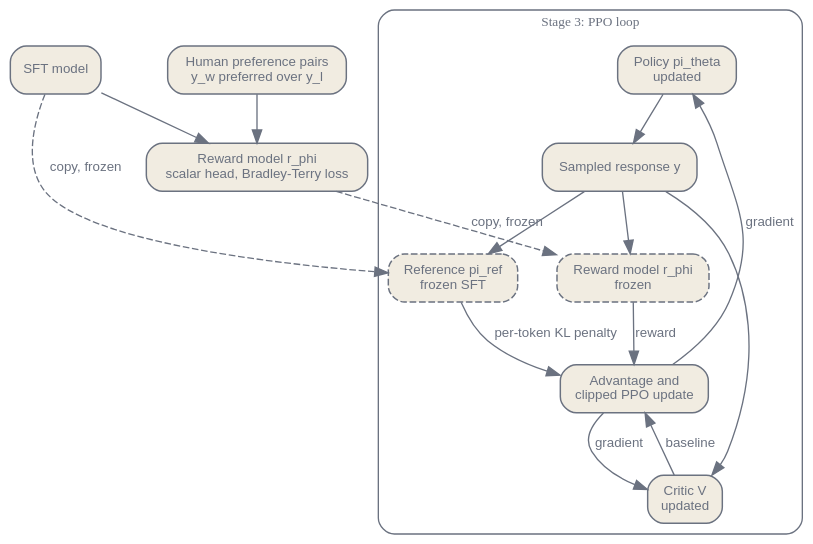
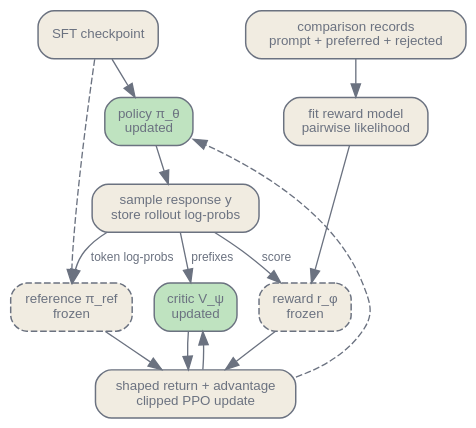
Before and after one commit to latere-ai/ai-as-an-infrastructure: the diagram in en/adaptation/03-rlhf-reward-modeling.qmd, drawn with Graphviz. The commit also changed other lines of this file and 6 other files, not shown here.

Commit message:
Rewrite RLHF and reward modeling chapter

````diff
--- a/en/adaptation/03-rlhf-reward-modeling.qmd
+++ b/en/adaptation/03-rlhf-reward-modeling.qmd
@@ -140,42 +279,39 @@
 ```{dot}
 //| label: fig-rlhf-pipeline
-//| fig-cap: "The three-stage RLHF pipeline. Stages 1 and 2 produce the frozen reference and reward models, then the PPO loop holds four models resident at once. Dashed nodes are frozen. After Ouyang et al. (2022)."
+//| fig-cap: "RLHF first fits a reward model to comparisons, then runs an online policy loop. The policy and critic are updated; the reference and reward model stay frozen. The four boxes are logical roles, not a claim that four equal full-model replicas reside on each device."
 digraph {
   bgcolor="transparent";
   rankdir=TB;
-  nodesep=0.4; ranksep=0.5;
+  nodesep=0.22; ranksep=0.38;
+  graph [pad="0.08"];
   node [shape=box, style="rounded,filled", fontname="Helvetica", fontsize=10, color="#6b7280", fontcolor="#6b7280", fillcolor="#f1ece1", penwidth=1.1];
-  edge [fontsize=10, fontname="Helvetica", color="#6b7280", fontcolor="#6b7280"];
+  edge [fontsize=9, fontname="Helvetica", color="#6b7280", fontcolor="#6b7280"];
 
-  sft [label="SFT model"];
-  prefs [label="Human preference pairs\ny_w preferred over y_l"];
-  rm [label="Reward model r_phi\nscalar head, Bradley-Terry loss"];
+  prefs [label="comparison records\nprompt + preferred + rejected"];
+  sft [label="SFT checkpoint"];
+  rmtrain [label="fit reward model\npairwise likelihood"];
+  policy [label="policy π_θ\nupdated", fillcolor="#bfe3c0"];
+  sample [label="sample response y\nstore rollout log-probs"];
+  reward [label="reward r_φ\nfrozen", style="rounded,filled,dashed"];
+  reference [label="reference π_ref\nfrozen", style="rounded,filled,dashed"];
+  critic [label="critic V_ψ\nupdated", fillcolor="#bfe3c0"];
+  update [label="shaped return + advantage\nclipped PPO update"];
 
-  sft -> rm;
-  prefs -> rm;
+  { rank=same; prefs; sft; }
+  { rank=same; rmtrain; policy; }
+  { rank=same; reward; critic; reference; }
 
-  subgraph cluster_ppo {
-    label="Stage 3: PPO loop";
-    style=rounded; color="#6b7280"; fontcolor="#6b7280"; fontsize=10;
-    policy [label="Policy pi_theta\nupdated"];
-    gen [label="Sampled response y"];
-    ref [label="Reference pi_ref\nfrozen SFT", style="rounded,filled,dashed"];
-    rmscore [label="Reward model r_phi\nfrozen", style="rounded,filled,dashed"];
-    critic [label="Critic V\nupdated"];
-    obj [label="Advantage and\nclipped PPO update"];
-
-    policy -> gen;
-    gen -> rmscore;
-    gen -> ref;
-    gen -> critic;
-    rmscore -> obj [label="reward"];
-    ref -> obj [label="per-token KL penalty"];
-    critic -> obj [label="baseline"];
-    obj -> policy [label="gradient"];
-    obj -> critic [label="gradient"];
-  }
-
-  sft -> ref [style=dashed, label="copy, frozen"];
-  rm -> rmscore [style=dashed, label="copy, frozen"];
+  prefs -> rmtrain -> reward;
+  sft -> policy;
+  sft -> reference [style=dashed];
+  policy -> sample;
+  sample -> reward [label="score"];
+  sample -> critic [label="prefixes"];
+  sample -> reference [label="token log-probs"];
+  reward -> update;
+  critic -> update;
+  reference -> update;
+  update -> policy [style=dashed, constraint=false];
+  update -> critic [constraint=false];
 }
 ```
````
